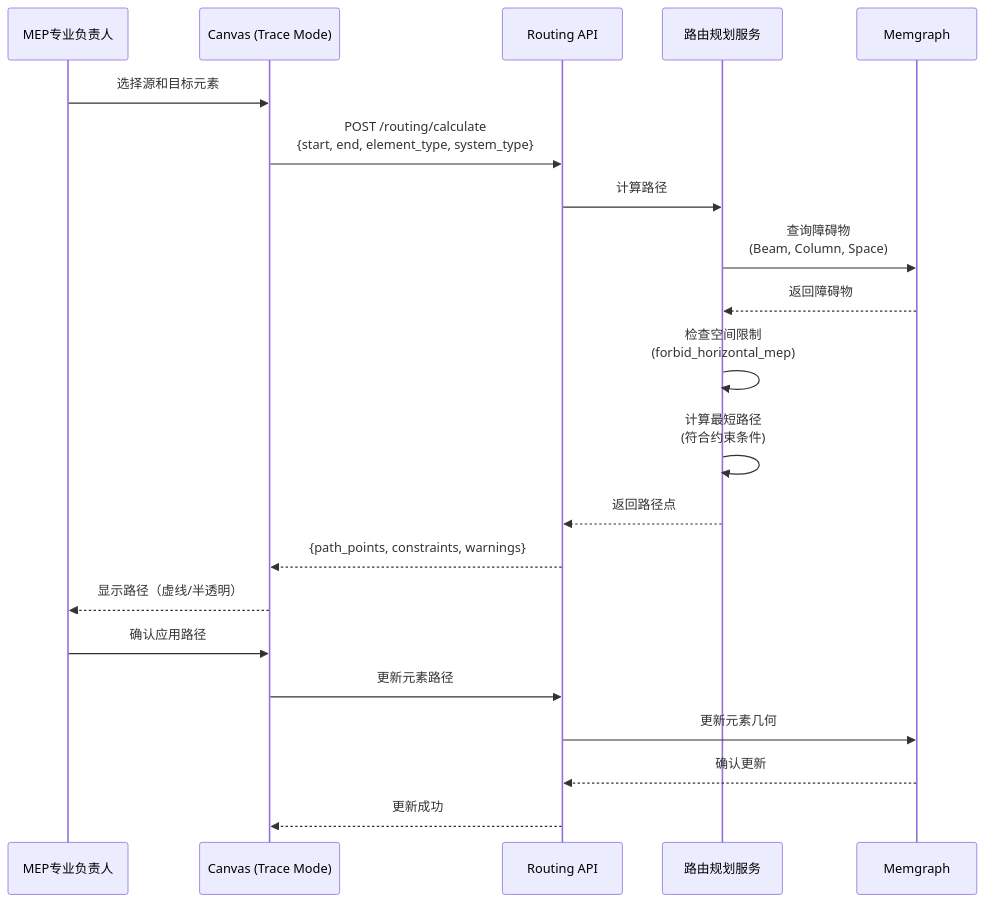
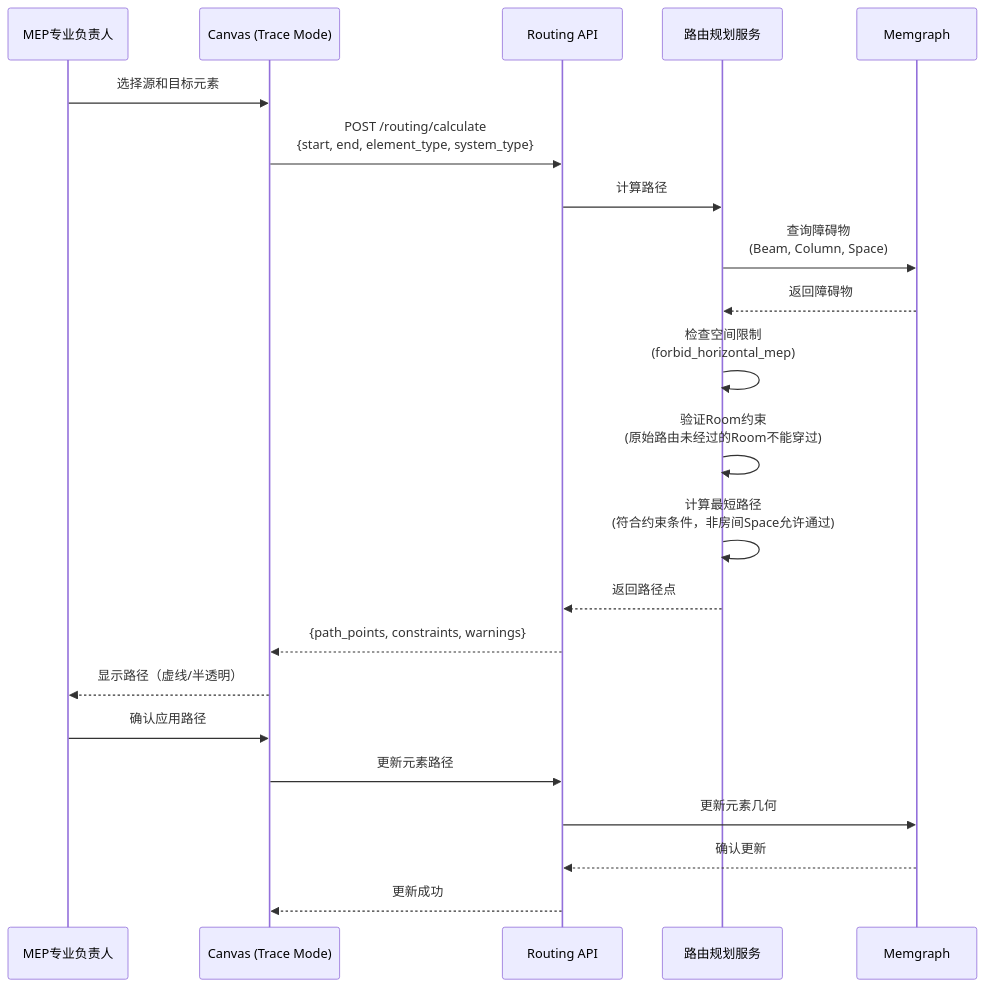
Diagram 11 of 12 in docs/ARCHITECTURE.md (XuXinran1011/OpenTruss), drawn with Mermaid before and after one commit. The commit also changed other lines of this file and 166 other files, not shown here.

````diff
--- a/docs/ARCHITECTURE.md
+++ b/docs/ARCHITECTURE.md
@@ -576,24 +632,25 @@
 ```mermaid
 sequenceDiagram
     participant MEPEngineer as MEP专业负责人
     participant Frontend as Canvas (Trace Mode)
     participant RoutingAPI as Routing API
     participant RoutingService as 路由规划服务
     participant Memgraph as Memgraph
     
     MEPEngineer->>Frontend: 选择源和目标元素
     Frontend->>RoutingAPI: POST /routing/calculate<br/>{start, end, element_type, system_type}
     RoutingAPI->>RoutingService: 计算路径
     RoutingService->>Memgraph: 查询障碍物<br/>(Beam, Column, Space)
     Memgraph-->>RoutingService: 返回障碍物
     RoutingService->>RoutingService: 检查空间限制<br/>(forbid_horizontal_mep)
-    RoutingService->>RoutingService: 计算最短路径<br/>(符合约束条件)
+    RoutingService->>RoutingService: 验证Room约束<br/>(原始路由未经过的Room不能穿过)
+    RoutingService->>RoutingService: 计算最短路径<br/>(符合约束条件，非房间Space允许通过)
     RoutingService-->>RoutingAPI: 返回路径点
     RoutingAPI-->>Frontend: {path_points, constraints, warnings}
     Frontend-->>MEPEngineer: 显示路径（虚线/半透明）
     MEPEngineer->>Frontend: 确认应用路径
     Frontend->>RoutingAPI: 更新元素路径
     RoutingAPI->>Memgraph: 更新元素几何
     Memgraph-->>RoutingAPI: 确认更新
     RoutingAPI-->>Frontend: 更新成功
 ```
````
